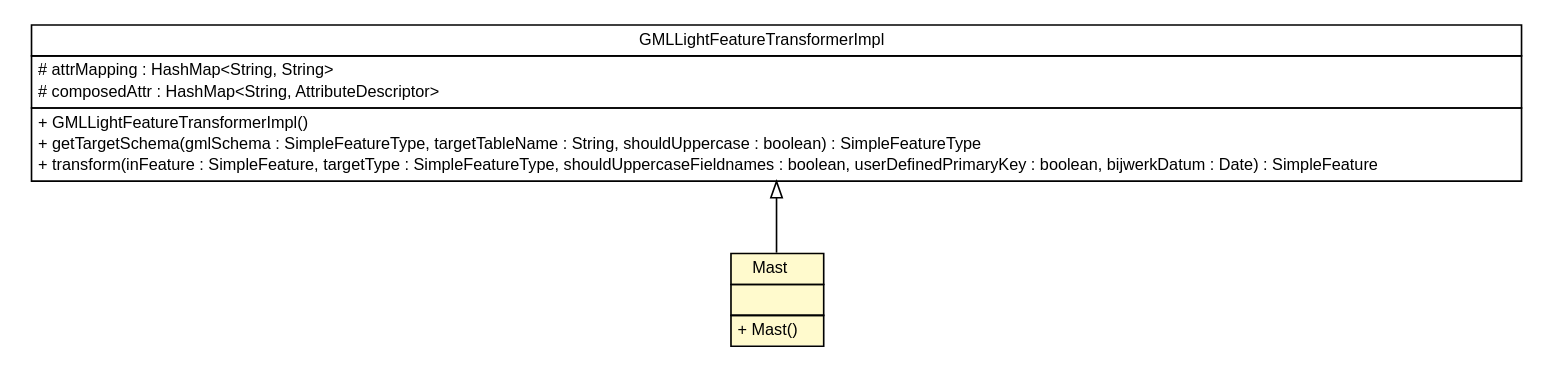
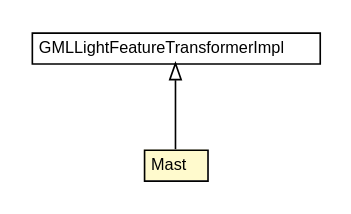
One commit to B3Partners/brmo changed the diagram in bgt-gml-loader/apidocs/nl/b3p/brmo/loader/gml/light/Mast.dot. Above: the diagram before and after it, drawn with Graphviz. The commit also changed 363 other files, not shown here.

```diff
--- a/bgt-gml-loader/apidocs/nl/b3p/brmo/loader/gml/light/Mast.dot
+++ b/bgt-gml-loader/apidocs/nl/b3p/brmo/loader/gml/light/Mast.dot
@@ -1,41 +1,26 @@
 #!/usr/local/bin/dot
 #
 # Class diagram 
 # Generated by UMLGraph version R5_6-24-gf6e263 (http://www.umlgraph.org/)
 #
 
 digraph G {
 	edge [fontname="Helvetica",fontsize=10,labelfontname="Helvetica",labelfontsize=10];
 	node [fontname="Helvetica",fontsize=10,shape=plaintext];
 	nodesep=0.25;
 	ranksep=0.5;
 	// nl.b3p.brmo.loader.gml.light.Mast
-	c740 [label=<<table title="nl.b3p.brmo.loader.gml.light.Mast" border="0" cellborder="1" cellspacing="0" cellpadding="2" port="p" bgcolor="lemonChiffon" href="./Mast.html">
+	c722 [label=<<table title="nl.b3p.brmo.loader.gml.light.Mast" border="0" cellborder="1" cellspacing="0" cellpadding="2" port="p" bgcolor="lemonChiffon" href="./Mast.html">
 		<tr><td><table border="0" cellspacing="0" cellpadding="1">
 <tr><td align="center" balign="center"> Mast </td></tr>
 		</table></td></tr>
-		<tr><td><table border="0" cellspacing="0" cellpadding="1">
-<tr><td align="left" balign="left">  </td></tr>
-		</table></td></tr>
-		<tr><td><table border="0" cellspacing="0" cellpadding="1">
-<tr><td align="left" balign="left"> + Mast() </td></tr>
-		</table></td></tr>
 		</table>>, URL="./Mast.html", fontname="Helvetica", fontcolor="black", fontsize=10.0];
 	// nl.b3p.brmo.loader.gml.light.GMLLightFeatureTransformerImpl
-	c758 [label=<<table title="nl.b3p.brmo.loader.gml.light.GMLLightFeatureTransformerImpl" border="0" cellborder="1" cellspacing="0" cellpadding="2" port="p" href="./GMLLightFeatureTransformerImpl.html">
+	c740 [label=<<table title="nl.b3p.brmo.loader.gml.light.GMLLightFeatureTransformerImpl" border="0" cellborder="1" cellspacing="0" cellpadding="2" port="p" href="./GMLLightFeatureTransformerImpl.html">
 		<tr><td><table border="0" cellspacing="0" cellpadding="1">
 <tr><td align="center" balign="center"> GMLLightFeatureTransformerImpl </td></tr>
 		</table></td></tr>
-		<tr><td><table border="0" cellspacing="0" cellpadding="1">
-<tr><td align="left" balign="left"> # attrMapping : HashMap&lt;String, String&gt; </td></tr>
-<tr><td align="left" balign="left"> # composedAttr : HashMap&lt;String, AttributeDescriptor&gt; </td></tr>
-		</table></td></tr>
-		<tr><td><table border="0" cellspacing="0" cellpadding="1">
-<tr><td align="left" balign="left"> + GMLLightFeatureTransformerImpl() </td></tr>
-<tr><td align="left" balign="left"> + getTargetSchema(gmlSchema : SimpleFeatureType, targetTableName : String, shouldUppercase : boolean) : SimpleFeatureType </td></tr>
-<tr><td align="left" balign="left"> + transform(inFeature : SimpleFeature, targetType : SimpleFeatureType, shouldUppercaseFieldnames : boolean, userDefinedPrimaryKey : boolean, bijwerkDatum : Date) : SimpleFeature </td></tr>
-		</table></td></tr>
 		</table>>, URL="./GMLLightFeatureTransformerImpl.html", fontname="Helvetica", fontcolor="black", fontsize=10.0];
 	//nl.b3p.brmo.loader.gml.light.Mast extends nl.b3p.brmo.loader.gml.light.GMLLightFeatureTransformerImpl
-	c758:p -> c740:p [dir=back,arrowtail=empty];
+	c740:p -> c722:p [dir=back,arrowtail=empty];
 }
```
